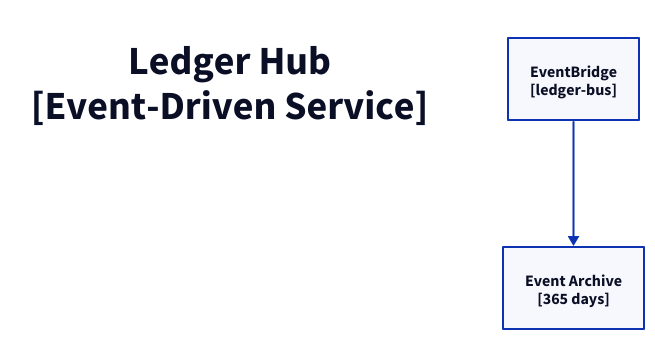
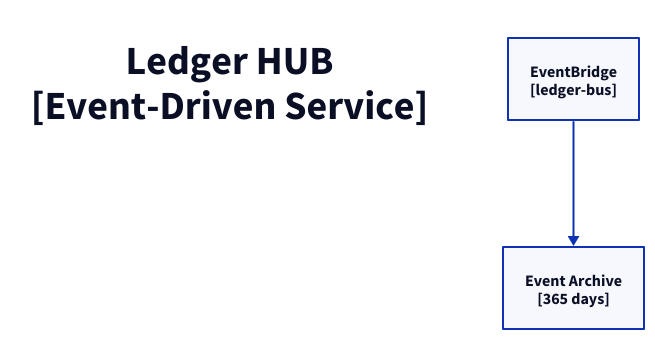
The diagram in docs/architecture/c3/ledger-hub.d2 (fabio-vitali/nestfolio), drawn with D2 before and after one commit. The commit also changed 57 other files, not shown here.

Commit message:
fix: c4 diagrams fixes

```diff
--- a/docs/architecture/c3/ledger-hub.d2
+++ b/docs/architecture/c3/ledger-hub.d2
@@ -1,11 +1,11 @@
 direction: down
 
-title: "Ledger Hub\n[Event-Driven Service]" {
+title: "Ledger HUB\n[Event-Driven Service]" {
   style: { font-size: 40; bold: true; fill: transparent; stroke: transparent }
 }
 
 ledger-bus: "EventBridge\n[ledger-bus]" { class: aws-eventbridge }
 archive: "Event Archive\n[365 days]" { class: aws-s3 }
 ledger-bus -> archive
 
 # Flows
```
